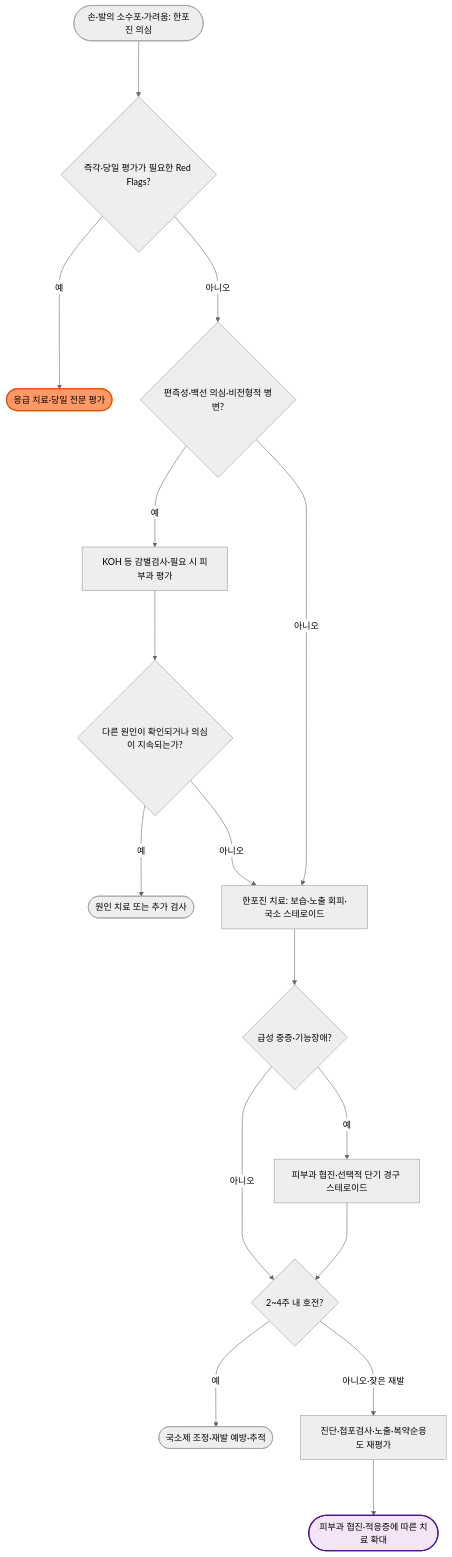
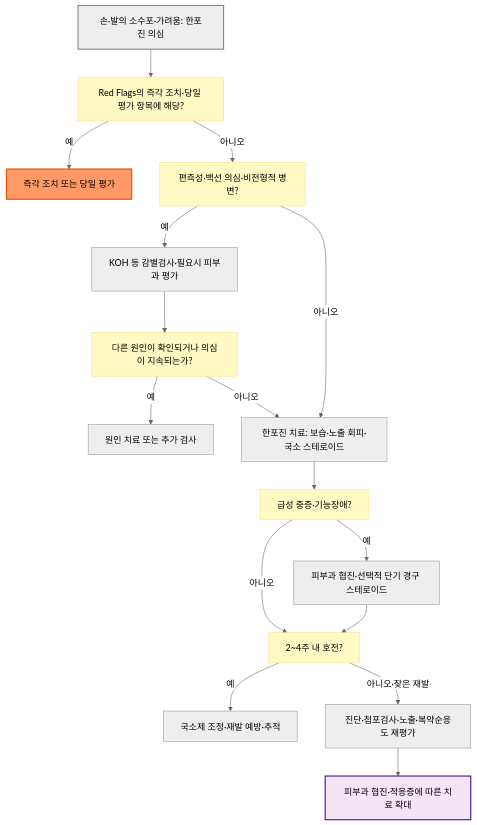
Before and after one commit to familyoh77/familyoh77: the diagram in 229_/160_-dyshidrosis.md, drawn with Mermaid (neutral theme). The commit also changed other lines of this file and 16 other files, not shown here.

````diff
--- a/229_/160_-dyshidrosis.md
+++ b/229_/160_-dyshidrosis.md
@@ -92,20 +92,24 @@
 ```mermaid
-graph TD
-    A(["손·발의 소수포·가려움: 한포진 의심"]) ---> B{"즉각·당일 평가가 필요한 Red Flags?"}
-    B -- "예" ---> R(["응급 치료·당일 전문 평가"])
-    B -- "아니오" ---> C{"편측성·백선 의심·비전형적 병변?"}
-    C -- "예" ---> D["KOH 등 감별검사·필요 시 피부과 평가"]
-    D ---> E{"다른 원인이 확인되거나 의심이 지속되는가?"}
-    E -- "예" ---> X(["원인 치료 또는 추가 검사"])
-    E -- "아니오" ---> F["한포진 치료: 보습·노출 회피·국소 스테로이드"]
-    C -- "아니오" ---> F
-    F ---> G{"급성 중증·기능장애?"}
-    G -- "예" ---> H["피부과 협진·선택적 단기 경구 스테로이드"]
-    G -- "아니오" ---> I{"2~4주 내 호전?"}
-    H ---> I
-    I -- "예" ---> J(["국소제 조정·재발 예방·추적"])
-    I -- "아니오·잦은 재발" ---> K["진단·첩포검사·노출·복약순응도 재평가"]
-    K ---> L(["피부과 협진·적응증에 따른 치료 확대"])
+flowchart TD
+    A["손·발의 소수포·가려움: 한포진 의심"] --> B["Red Flags의 즉각 조치·당일 평가 항목에 해당?"]
+    B -- "예" --> R["즉각 조치 또는 당일 평가"]
+    B -- "아니오" --> C["편측성·백선 의심·비전형적 병변?"]
+    C -- "예" --> D["KOH 등 감별검사·필요시 피부과 평가"]
+    D --> E["다른 원인이 확인되거나 의심이 지속되는가?"]
+    E -- "예" --> X["원인 치료 또는 추가 검사"]
+    E -- "아니오" --> F["한포진 치료: 보습·노출 회피·국소 스테로이드"]
+    C -- "아니오" --> F
+    F --> G["급성 중증·기능장애?"]
+    G -- "예" --> H["피부과 협진·선택적 단기 경구 스테로이드"]
+    G -- "아니오" --> I["2~4주 내 호전?"]
+    H --> I
+    I -- "예" --> J["국소제 조정·재발 예방·추적"]
+    I -- "아니오·잦은 재발" --> K["진단·첩포검사·노출·복약순응도 재평가"]
+    K --> L["피부과 협진·적응증에 따른 치료 확대"]
+
+    classDef question fill:#fff9c4,stroke:#ffe082
+    class B,C,E,G,I question
+    style A fill:#eeeeee,stroke:#888888,stroke-width:2px
     style R fill:#f96,stroke:#e65100,stroke-width:2px
     style L fill:#f3e5f5,stroke:#4a148c,stroke-width:2px
 ```
````
